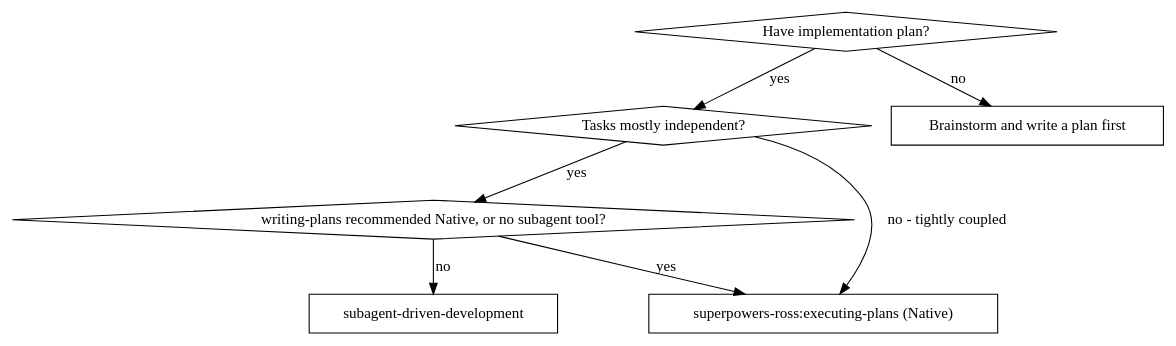
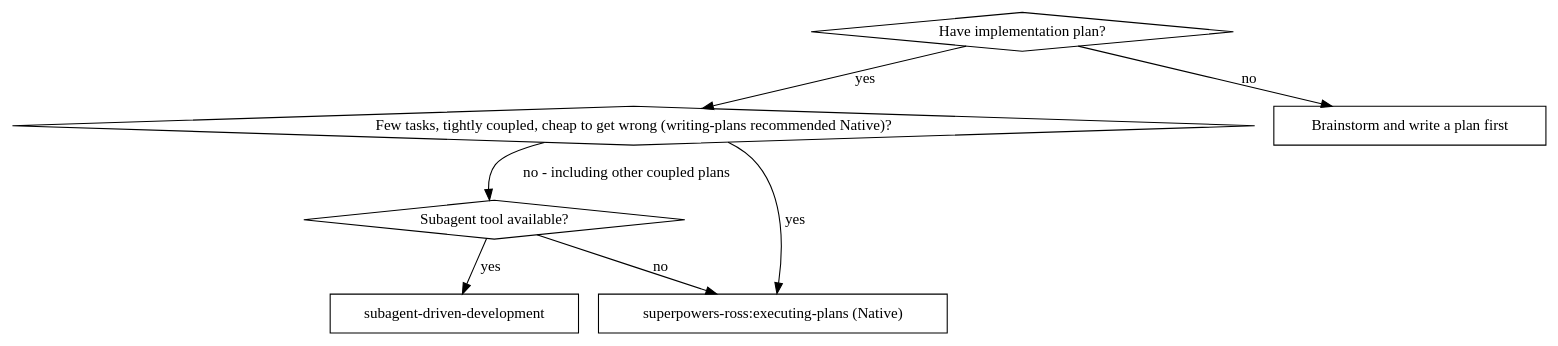
One commit to rossturner/superpowers changed the first of 2 diagrams in skills/subagent-driven-development/SKILL.md. Above: the diagram before and after it, drawn with Graphviz. The commit also changed other lines of this file and 6 other files, not shown here.

````diff
--- a/skills/subagent-driven-development/SKILL.md
+++ b/skills/subagent-driven-development/SKILL.md
@@ -47,17 +47,17 @@
 ```dot
 digraph when_to_use {
     "Have implementation plan?" [shape=diamond];
-    "Tasks mostly independent?" [shape=diamond];
-    "writing-plans recommended Native, or no subagent tool?" [shape=diamond];
+    "Few tasks, tightly coupled, cheap to get wrong (writing-plans recommended Native)?" [shape=diamond];
+    "Subagent tool available?" [shape=diamond];
     "subagent-driven-development" [shape=box];
     "superpowers-ross:executing-plans (Native)" [shape=box];
     "Brainstorm and write a plan first" [shape=box];
 
-    "Have implementation plan?" -> "Tasks mostly independent?" [label="yes"];
+    "Have implementation plan?" -> "Few tasks, tightly coupled, cheap to get wrong (writing-plans recommended Native)?" [label="yes"];
     "Have implementation plan?" -> "Brainstorm and write a plan first" [label="no"];
-    "Tasks mostly independent?" -> "writing-plans recommended Native, or no subagent tool?" [label="yes"];
-    "Tasks mostly independent?" -> "superpowers-ross:executing-plans (Native)" [label="no - tightly coupled"];
-    "writing-plans recommended Native, or no subagent tool?" -> "superpowers-ross:executing-plans (Native)" [label="yes"];
-    "writing-plans recommended Native, or no subagent tool?" -> "subagent-driven-development" [label="no"];
+    "Few tasks, tightly coupled, cheap to get wrong (writing-plans recommended Native)?" -> "superpowers-ross:executing-plans (Native)" [label="yes"];
+    "Few tasks, tightly coupled, cheap to get wrong (writing-plans recommended Native)?" -> "Subagent tool available?" [label="no - including other coupled plans"];
+    "Subagent tool available?" -> "subagent-driven-development" [label="yes"];
+    "Subagent tool available?" -> "superpowers-ross:executing-plans (Native)" [label="no"];
 }
 ```
````
